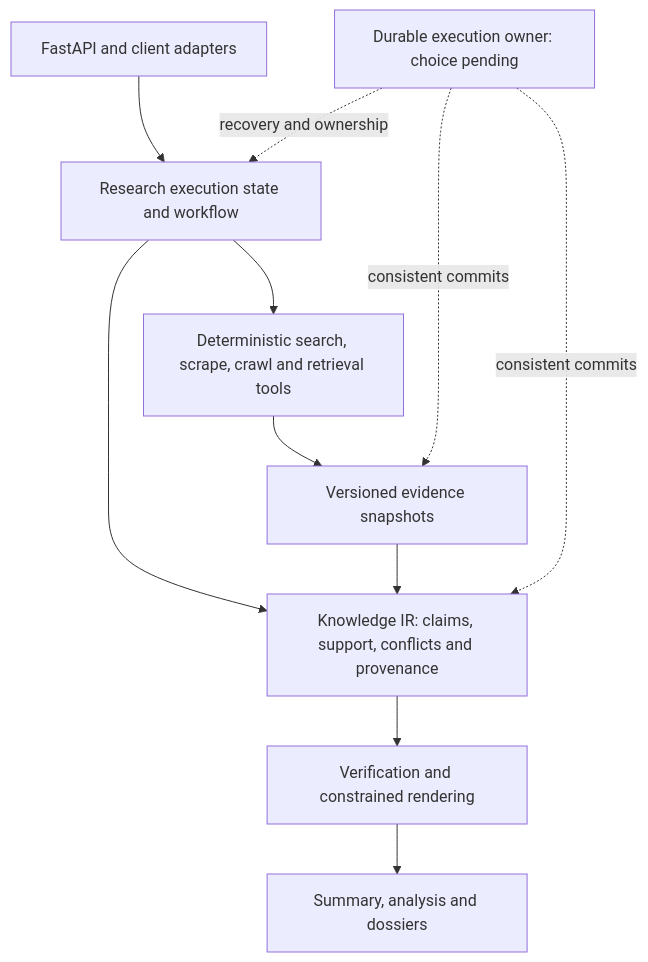
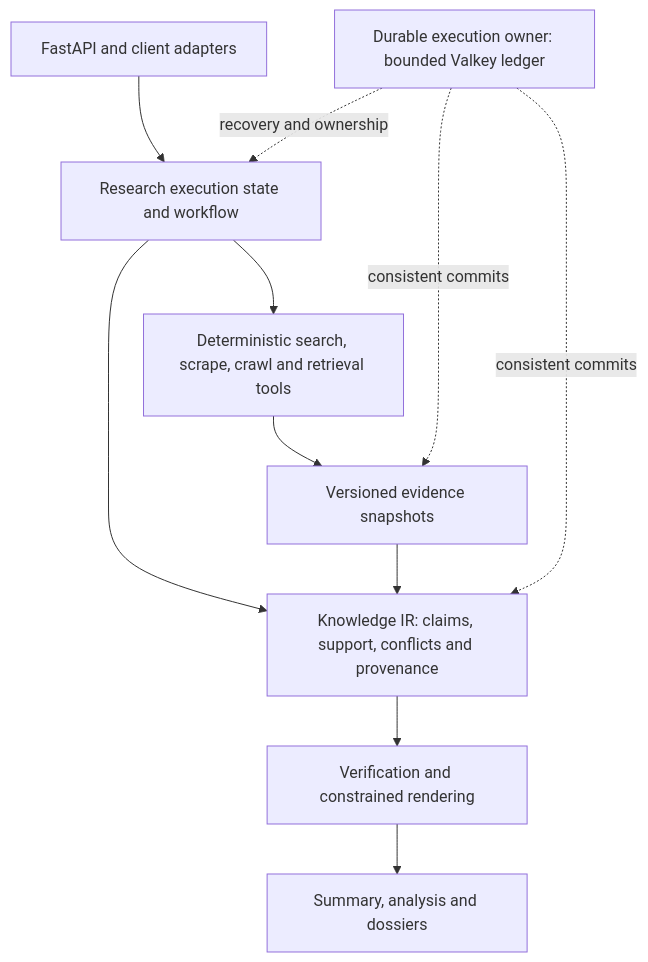
Before and after one commit to magnus919/groktocrawl-x: the diagram in docs/experiments/research-architecture.md, drawn with Mermaid. The commit also changed other lines of this file, not shown here.

Commit message:
docs: distinguish historical roadmap checkpoints

````diff
--- a/docs/experiments/research-architecture.md
+++ b/docs/experiments/research-architecture.md
@@ -47,13 +47,13 @@
 ```mermaid
 flowchart TD
     A[FastAPI and client adapters] --> B[Research execution state and workflow]
     B --> C[Deterministic search, scrape, crawl and retrieval tools]
     C --> D[Versioned evidence snapshots]
     B --> E[Knowledge IR: claims, support, conflicts and provenance]
     D --> E
     E --> F[Verification and constrained rendering]
     F --> G[Summary, analysis and dossiers]
-    H[Durable execution owner: choice pending] -. recovery and ownership .-> B
+    H[Durable execution owner: bounded Valkey ledger] -. recovery and ownership .-> B
     H -. consistent commits .-> D
     H -. consistent commits .-> E
 ```
````
